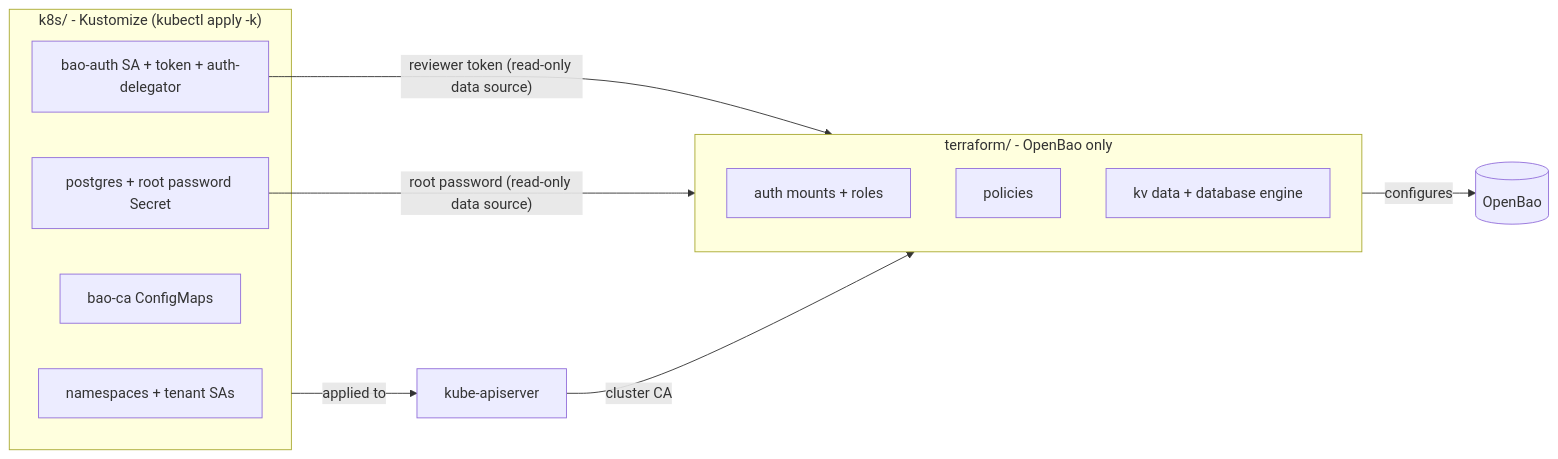
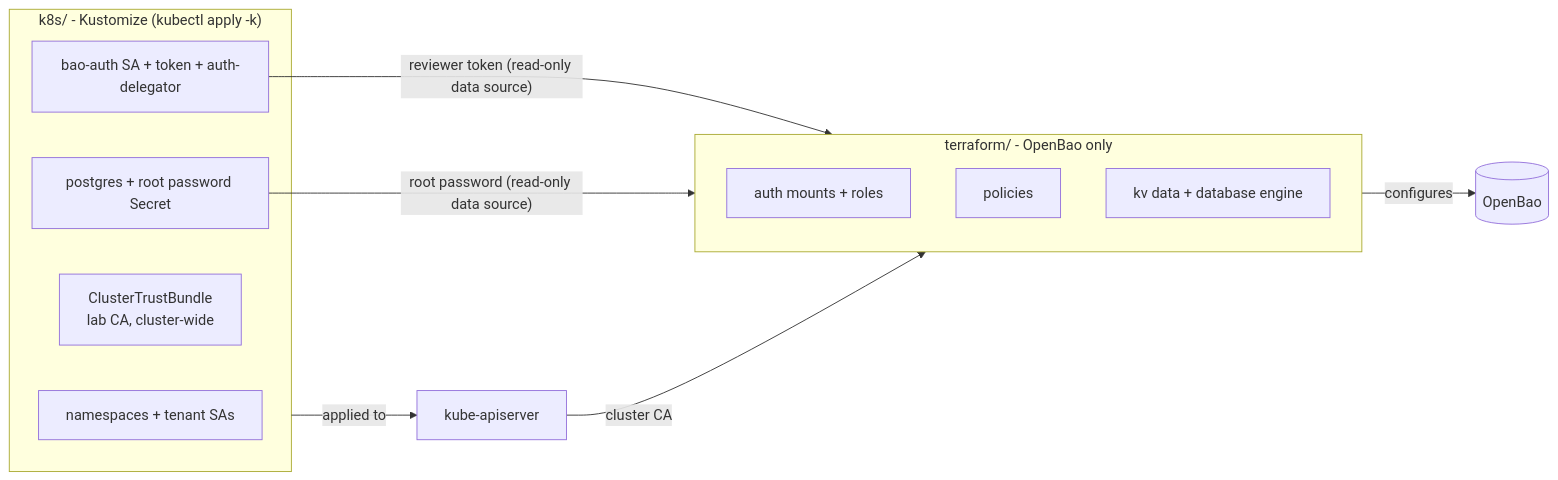
The fourth of 5 diagrams in docs/DIAGRAMS.md (tilraunastofan/kind-vault-lab), drawn with Mermaid before and after one commit. The commit also changed other lines of this file and 12 other files, not shown here.

Commit message:
Cluster-wide CA trust via ClusterTrustBundle (replaces per-namespace bao-ca ConfigMaps); fix lab CA basicConstraints

````diff
--- a/docs/DIAGRAMS.md
+++ b/docs/DIAGRAMS.md
@@ -88,19 +88,19 @@
 ```mermaid
 flowchart LR
     subgraph K["k8s/ - Kustomize (kubectl apply -k)"]
         NS[namespaces + tenant SAs]
         BA[bao-auth SA + token + auth-delegator]
-        CA[bao-ca ConfigMaps]
+        CA[ClusterTrustBundle<br/>lab CA, cluster-wide]
         PG[postgres + root password Secret]
     end
     subgraph T["terraform/ - OpenBao only"]
         AU[auth mounts + roles]
         PO[policies]
         KV[kv data + database engine]
     end
     BA -- "reviewer token (read-only data source)" --> T
     PG -- "root password (read-only data source)" --> T
     API[kube-apiserver] -- "cluster CA" --> T
     T -- "configures" --> BAO[(OpenBao)]
     K -- "applied to" --> API
 ```
````
